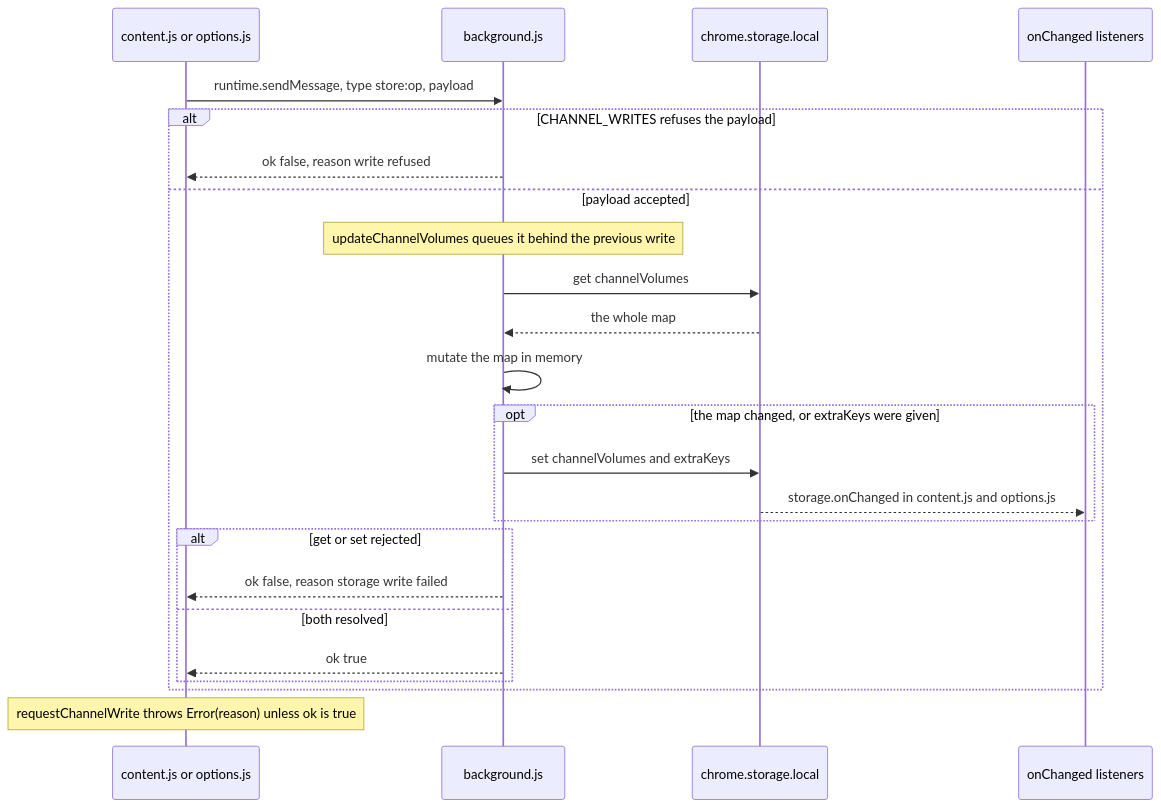
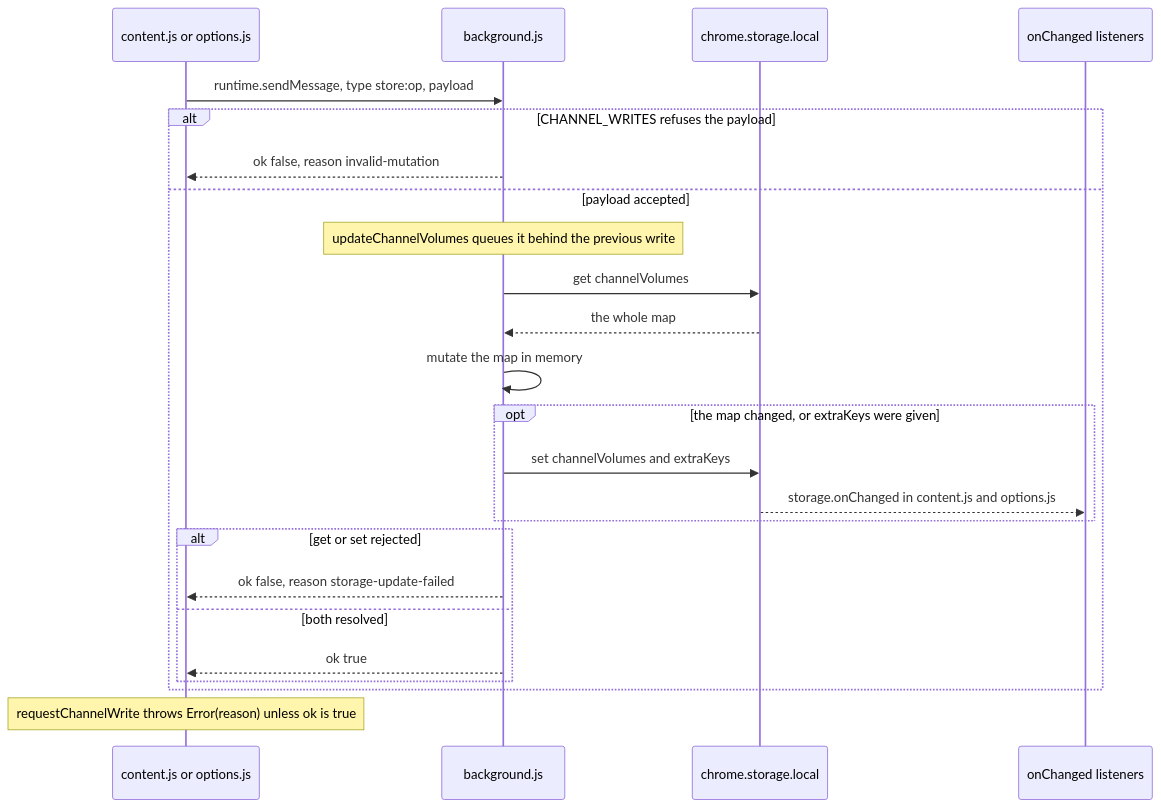
The first of 14 diagrams in docs/gain-change-and-save.md (semnil/yt-channel-volume), drawn with Mermaid before and after one commit. The commit also changed other lines of this file and 8 other files, not shown here.

````diff
--- a/docs/gain-change-and-save.md
+++ b/docs/gain-change-and-save.md
@@ -68,26 +68,26 @@
 ```mermaid
 sequenceDiagram
   participant X as content.js or options.js
   participant W as background.js
   participant S as chrome.storage.local
   participant L as onChanged listeners
   X->>W: runtime.sendMessage, type store:op, payload
   alt CHANNEL_WRITES refuses the payload
-    W-->>X: ok false, reason write refused
+    W-->>X: ok false, reason invalid-mutation
   else payload accepted
     Note over W: updateChannelVolumes queues it behind the previous write
     W->>S: get channelVolumes
     S-->>W: the whole map
     W->>W: mutate the map in memory
     opt the map changed, or extraKeys were given
       W->>S: set channelVolumes and extraKeys
       S-->>L: storage.onChanged in content.js and options.js
     end
     alt get or set rejected
-      W-->>X: ok false, reason storage write failed
+      W-->>X: ok false, reason storage-update-failed
     else both resolved
       W-->>X: ok true
     end
   end
   Note over X: requestChannelWrite throws Error(reason) unless ok is true
 ```
````
